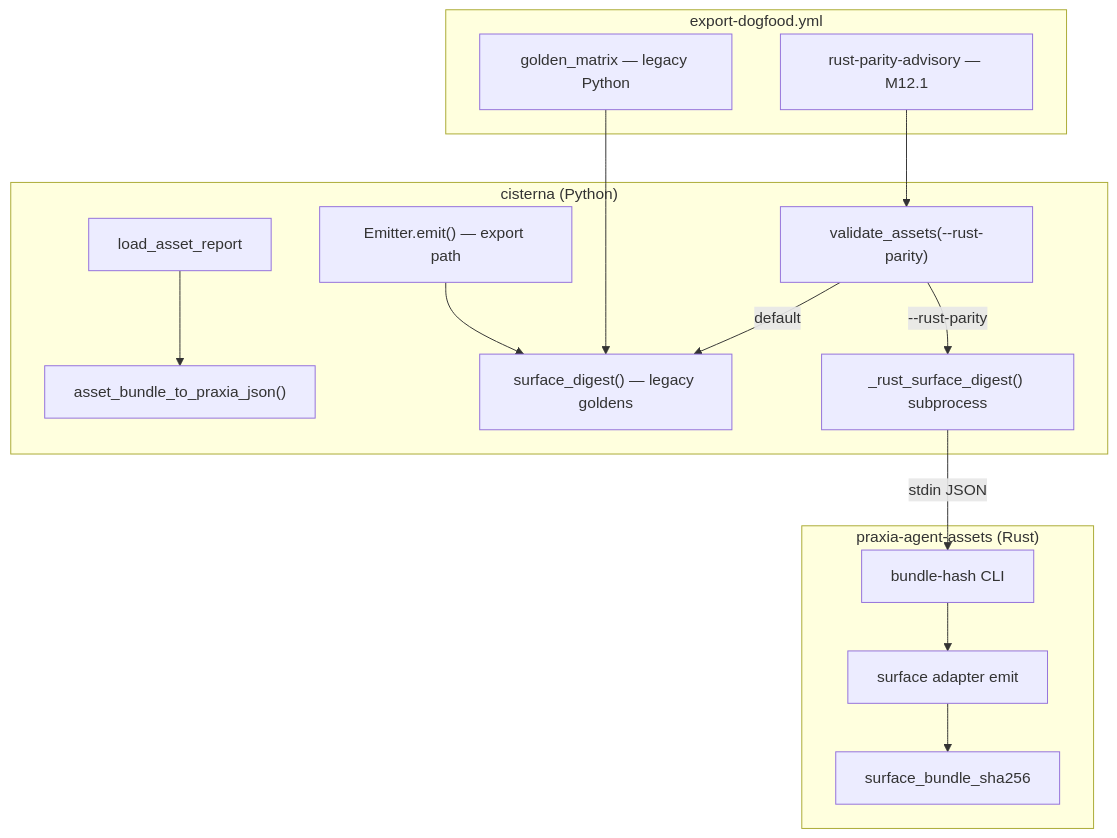
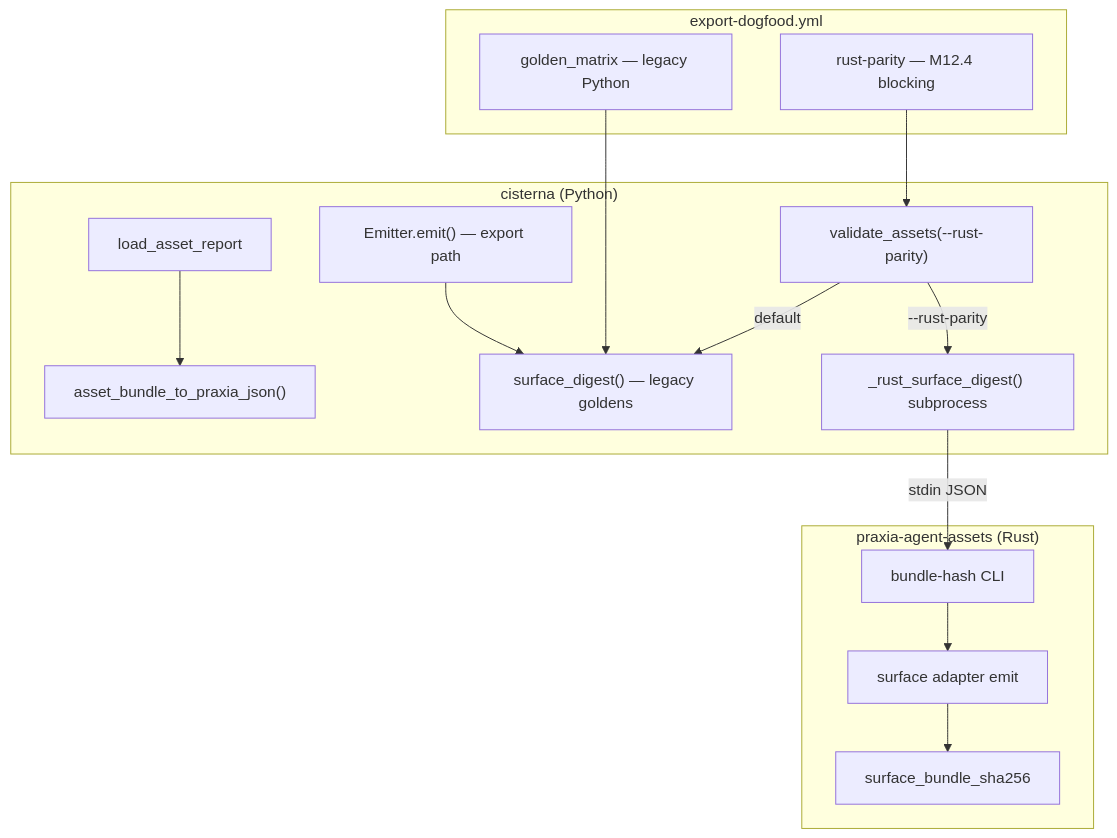
One commit to maraxen/cisternal changed the diagram in .praxia/docs/designs/260624_m12-export-rust-bridge_design.md. Above: the diagram before and after it, drawn with Mermaid. The commit also changed other lines of this file and 13 other files, not shown here.

````diff
--- a/.praxia/docs/designs/260624_m12-export-rust-bridge_design.md
+++ b/.praxia/docs/designs/260624_m12-export-rust-bridge_design.md
@@ -19,31 +19,31 @@
 ```mermaid
 flowchart TB
   subgraph Cisterna["cisterna (Python)"]
     LOAD["load_asset_report"]
     MAP["asset_bundle_to_praxia_json()"]
     PYEMIT["Emitter.emit() — export path"]
     PYDIG["surface_digest() — legacy goldens"]
     VAL["validate_assets(--rust-parity)"]
     SUB["_rust_surface_digest() subprocess"]
   end
 
   subgraph Praxia["praxia-agent-assets (Rust)"]
     BIN["bundle-hash CLI"]
     EMIT["surface adapter emit"]
     HASH["surface_bundle_sha256"]
   end
 
   subgraph CI["export-dogfood.yml"]
     GM["golden_matrix — legacy Python"]
-    RP["rust-parity-advisory — M12.1"]
+    RP["rust-parity — M12.4 blocking"]
   end
 
   LOAD --> MAP
   VAL -->|default| PYDIG
   VAL -->|--rust-parity| SUB
   SUB -->|stdin JSON| BIN
   BIN --> EMIT --> HASH
   PYEMIT --> PYDIG
   GM --> PYDIG
   RP --> VAL
 ```
````
